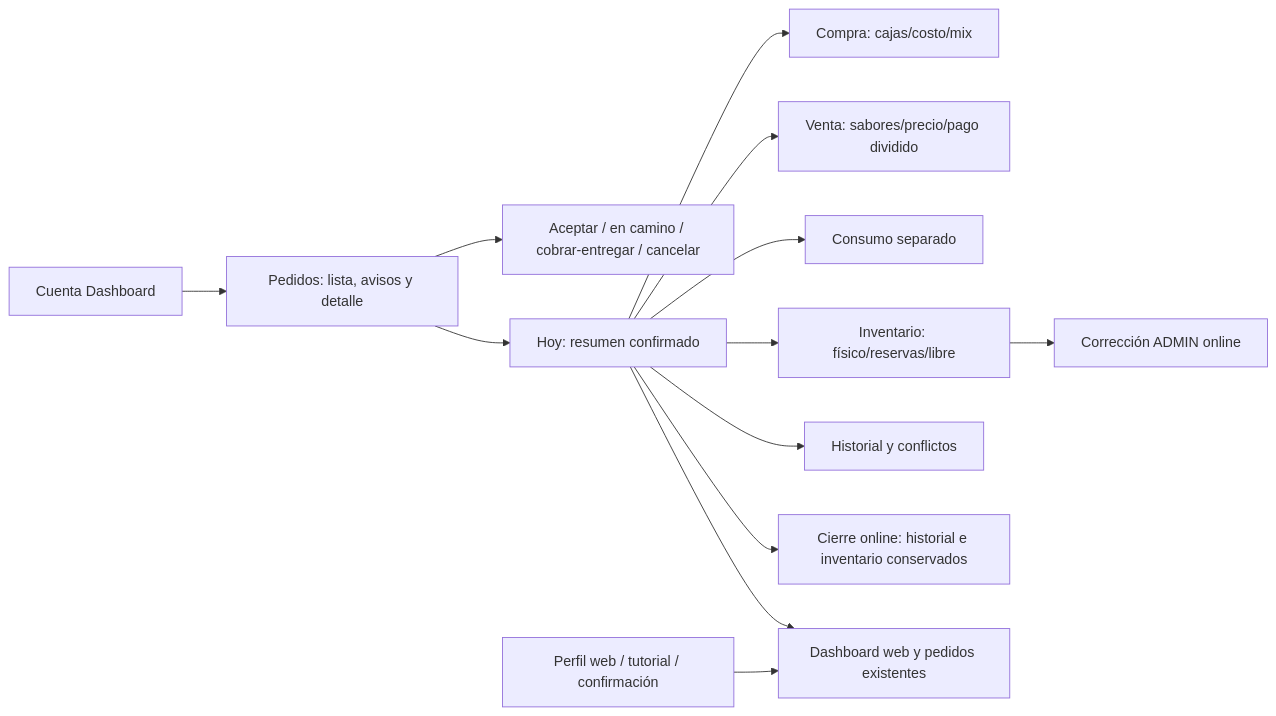
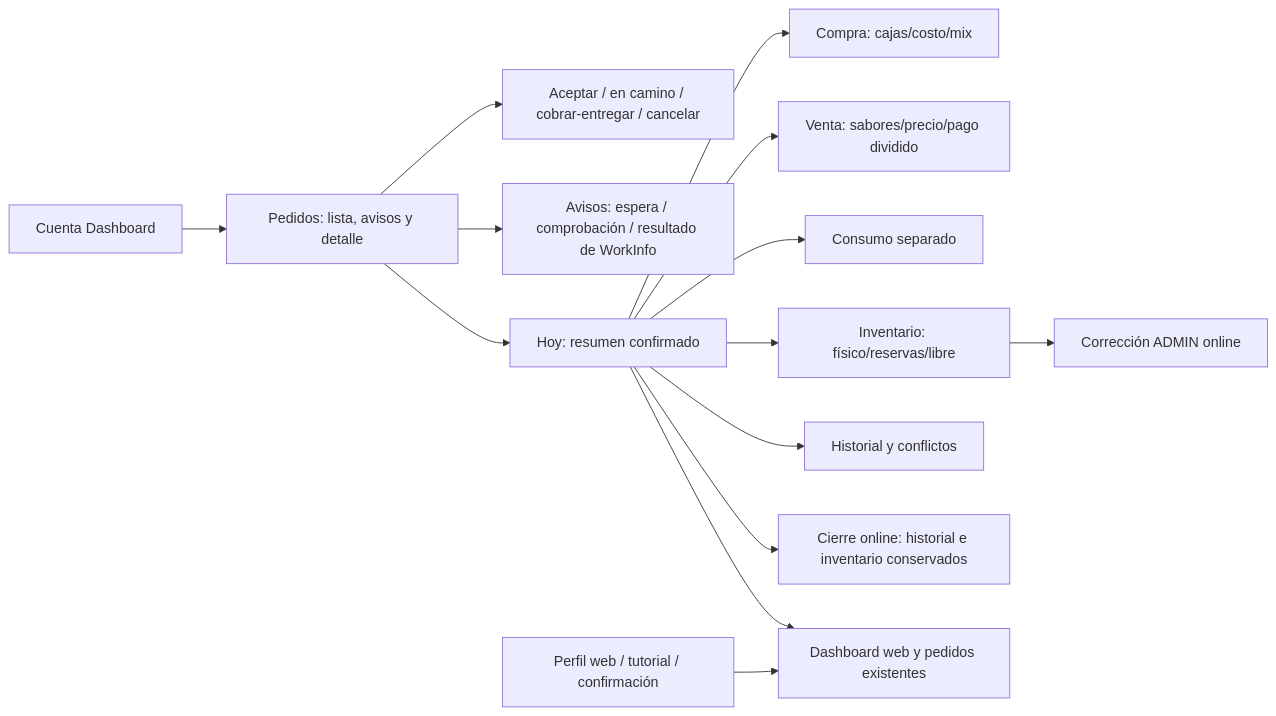
The diagram in docs/knowledge/diagrams/06-ui.mmd (NotKingbryanPY/donas-racha), drawn with Mermaid before and after one commit. The commit also changed 26 other files, not shown here.

```diff
--- a/docs/knowledge/diagrams/06-ui.mmd
+++ b/docs/knowledge/diagrams/06-ui.mmd
@@ -1,13 +1,14 @@
 flowchart LR
   account["Cuenta Dashboard"] --> orders["Pedidos: lista, avisos y detalle"]
   orders --> action["Aceptar / en camino / cobrar-entregar / cancelar"]
+  orders --> check["Avisos: espera / comprobación / resultado de WorkInfo"]
   orders --> today["Hoy: resumen confirmado"]
   today --> purchase["Compra: cajas/costo/mix"]
   today --> sale["Venta: sabores/precio/pago dividido"]
   today --> consume["Consumo separado"]
   today --> inventory["Inventario: físico/reservas/libre"]
   inventory --> correction["Corrección ADMIN online"]
   today --> history["Historial y conflictos"]
   today --> close["Cierre online: historial e inventario conservados"]
   today --> dashboard["Dashboard web y pedidos existentes"]
   profile["Perfil web / tutorial / confirmación"] --> dashboard
```
